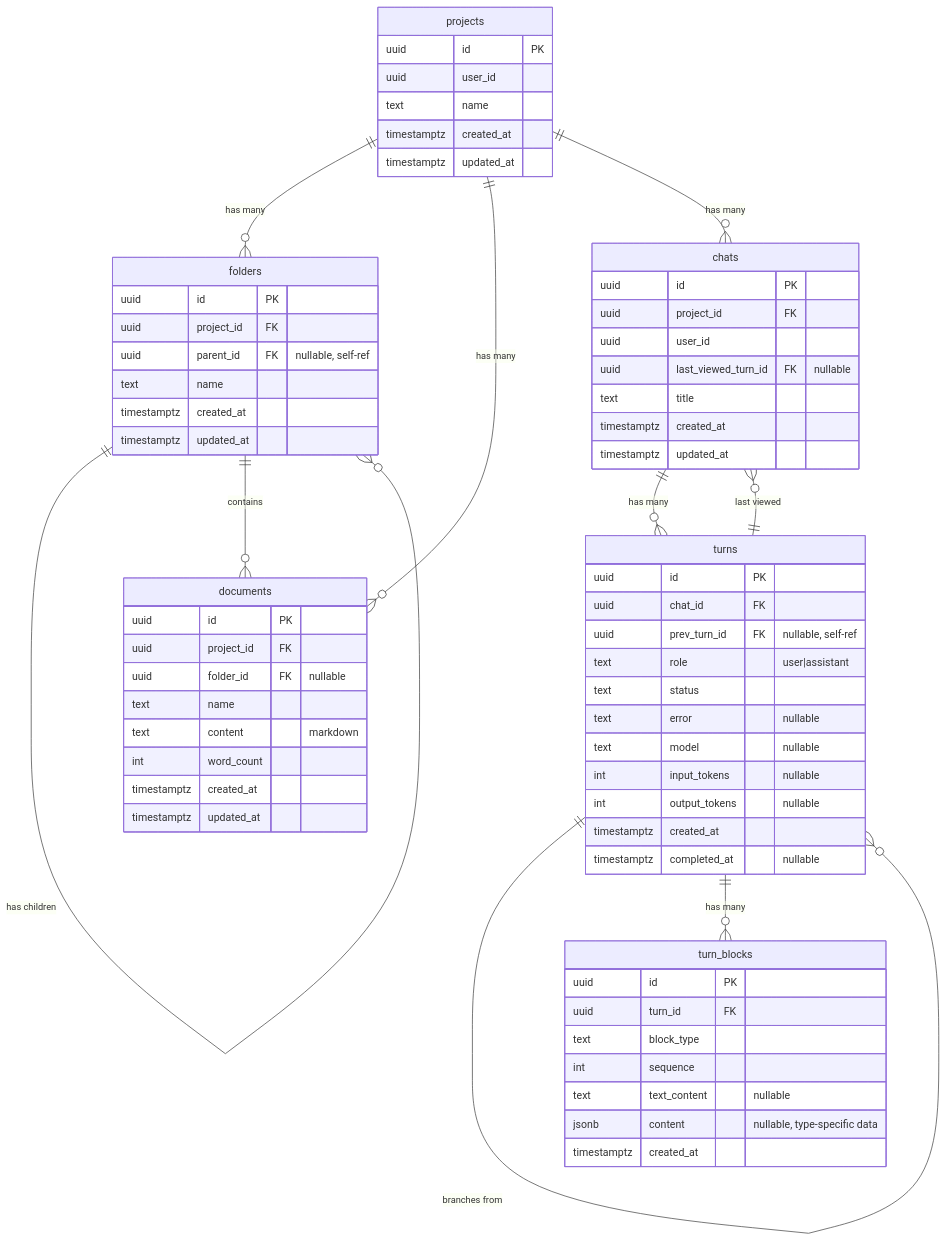
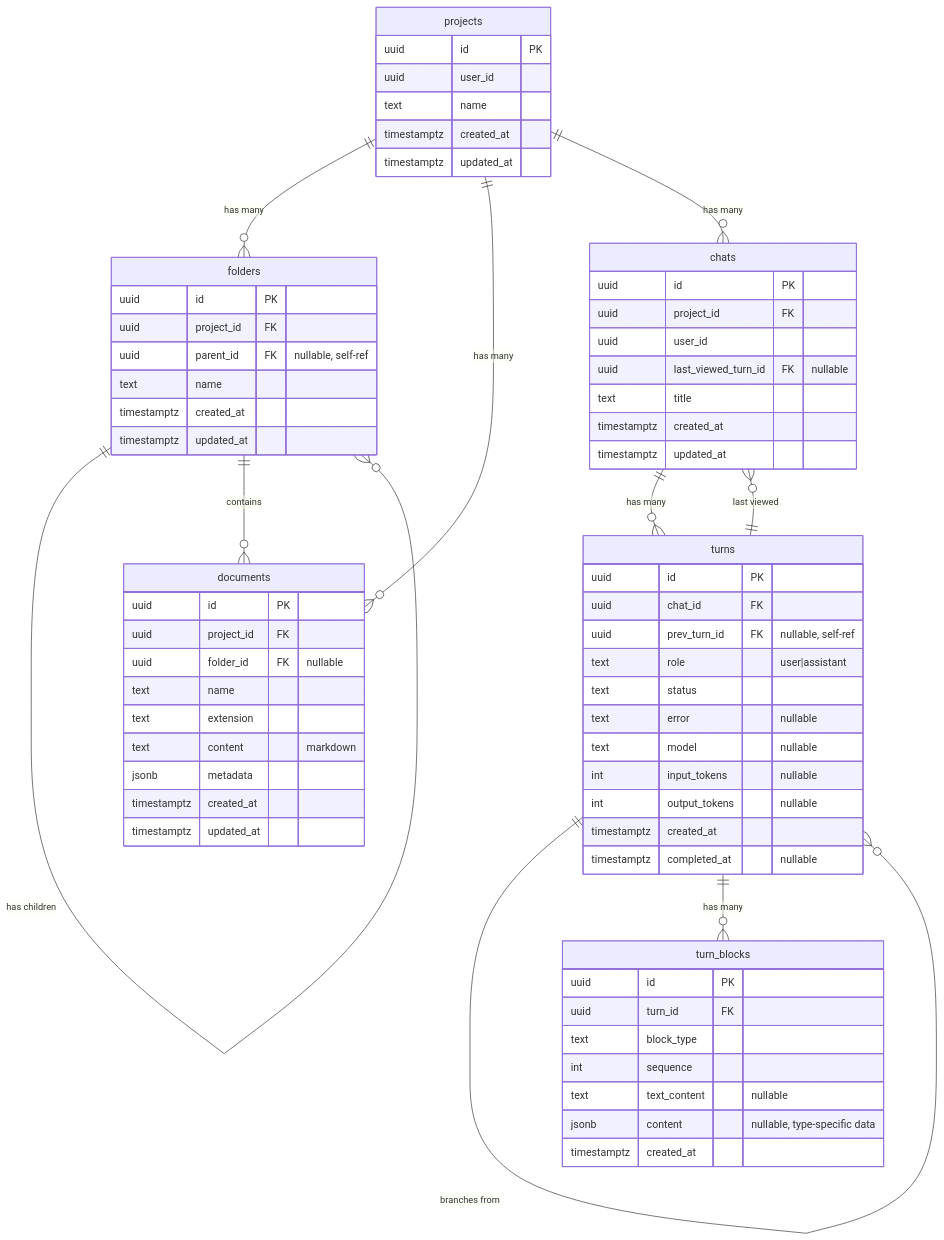
One commit to haowjy/meridian-flow changed the first of 2 diagrams in _docs/technical/backend/database/schema.md. Above: the diagram before and after it, drawn with Mermaid. The commit also changed other lines of this file and 37 other files, not shown here.

First line of the commit message:
Enhance document management with extension and metadata support

````diff
--- a/_docs/technical/backend/database/schema.md
+++ b/_docs/technical/backend/database/schema.md
@@ -14,74 +14,75 @@
 ```mermaid
 erDiagram
     projects ||--o{ folders : "has many"
     projects ||--o{ documents : "has many"
     projects ||--o{ chats : "has many"
     folders ||--o{ folders : "has children"
     folders ||--o{ documents : "contains"
     chats ||--o{ turns : "has many"
     chats }o--|| turns : "last viewed"
     turns ||--o{ turns : "branches from"
     turns ||--o{ turn_blocks : "has many"
 
     projects {
         uuid id PK
         uuid user_id
         text name
         timestamptz created_at
         timestamptz updated_at
     }
 
     folders {
         uuid id PK
         uuid project_id FK
         uuid parent_id FK "nullable, self-ref"
         text name
         timestamptz created_at
         timestamptz updated_at
     }
 
     documents {
         uuid id PK
         uuid project_id FK
         uuid folder_id FK "nullable"
         text name
+        text extension
         text content "markdown"
-        int word_count
+        jsonb metadata
         timestamptz created_at
         timestamptz updated_at
     }
 
     chats {
         uuid id PK
         uuid project_id FK
         uuid user_id
         uuid last_viewed_turn_id FK "nullable"
         text title
         timestamptz created_at
         timestamptz updated_at
     }
 
     turns {
         uuid id PK
         uuid chat_id FK
         uuid prev_turn_id FK "nullable, self-ref"
         text role "user|assistant"
         text status
         text error "nullable"
         text model "nullable"
         int input_tokens "nullable"
         int output_tokens "nullable"
         timestamptz created_at
         timestamptz completed_at "nullable"
     }
 
     turn_blocks {
         uuid id PK
         uuid turn_id FK
         text block_type
         int sequence
         text text_content "nullable"
         jsonb content "nullable, type-specific data"
         timestamptz created_at
     }
 ```
````
